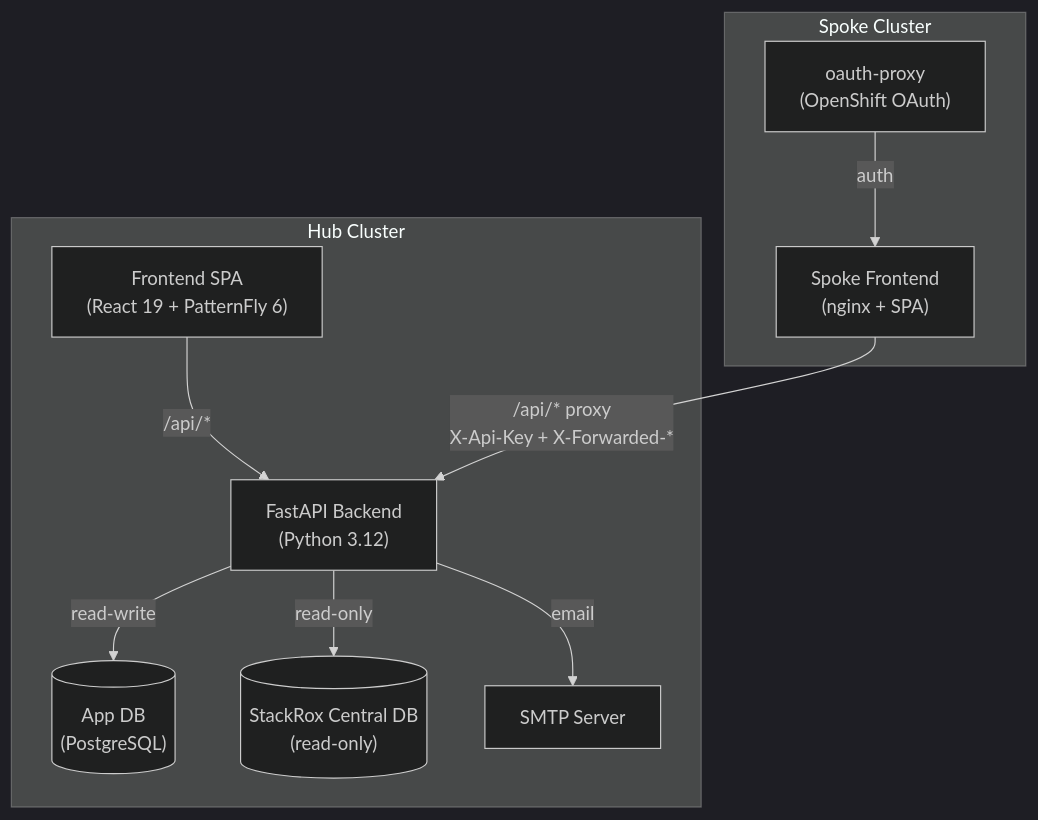
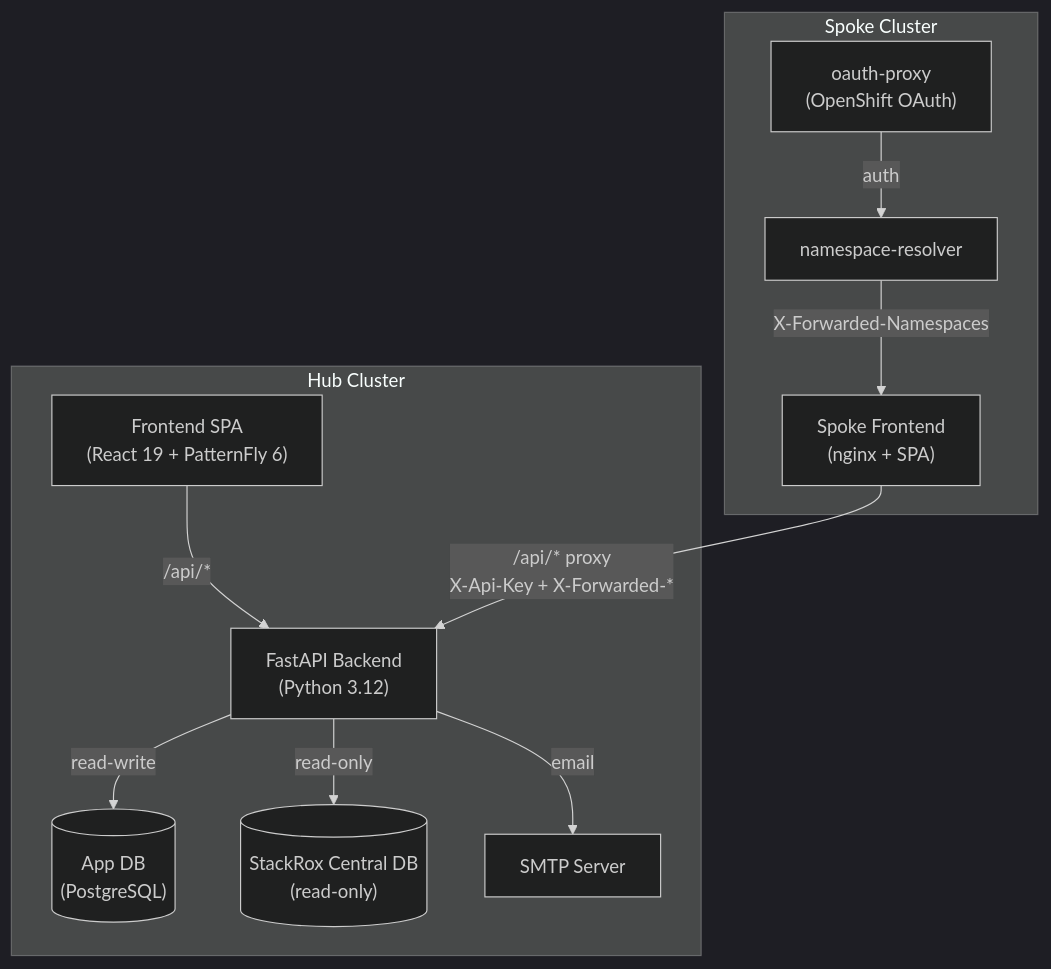
Before and after one commit to dadav/rhacs-manager: the first of 2 diagrams in docs/index.md, drawn with Mermaid (dark theme). The commit also changed other lines of this file and 11 other files, not shown here.

````diff
--- a/docs/index.md
+++ b/docs/index.md
@@ -22,23 +22,25 @@
 ```mermaid
 graph TB
     subgraph "Hub Cluster"
         FE_HUB["Frontend SPA<br/>(React 19 + PatternFly 6)"]
         BE["FastAPI Backend<br/>(Python 3.12)"]
         APP_DB[("App DB<br/>(PostgreSQL)")]
         SX_DB[("StackRox Central DB<br/>(read-only)")]
         SMTP["SMTP Server"]
     end
 
     subgraph "Spoke Cluster"
         OAUTH["oauth-proxy<br/>(OpenShift OAuth)"]
+        NR["namespace-resolver"]
         FE_SPOKE["Spoke Frontend<br/>(nginx + SPA)"]
     end
 
     FE_HUB -->|"/api/*"| BE
     BE -->|read-write| APP_DB
     BE -->|read-only| SX_DB
     BE -->|email| SMTP
 
-    OAUTH -->|auth| FE_SPOKE
+    OAUTH -->|auth| NR
+    NR -->|"X-Forwarded-Namespaces"| FE_SPOKE
     FE_SPOKE -->|"/api/* proxy<br/>X-Api-Key + X-Forwarded-*"| BE
 ```
````
